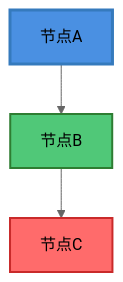
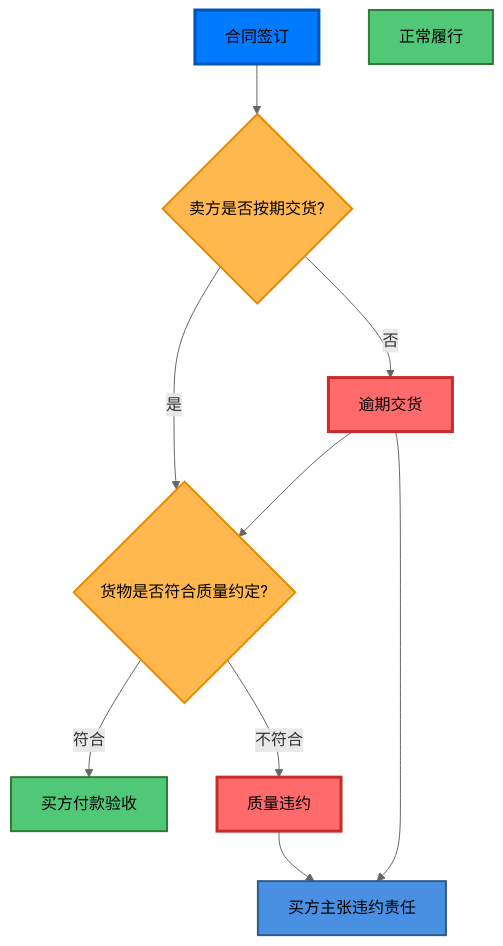
One commit to daixin877889/LexSeek changed diagram 19 of 25 in .deepagents/skills/litigation-visualization/SKILL.md. Above: the diagram before and after it, drawn with Mermaid. The commit also changed other lines of this file and 10 other files, not shown here.

````diff
--- a/.deepagents/skills/litigation-visualization/SKILL.md
+++ b/.deepagents/skills/litigation-visualization/SKILL.md
@@ -230,22 +730,31 @@
 ```mermaid
 %%{init: {'themeVariables': {
-  'primaryColor': '#4A90E2',
+  'primaryColor': '#E6F3FF',
   'primaryTextColor': '#000000',
-  'primaryBorderColor': '#357ABD',
-  'lineColor': '#666666',
-  'sectionBkgColor': '#50C878',
-  'altSectionBkgColor': '#FF6B6B',
-  'gridColor': '#E6F3FF'
+  'lineColor': '#666666'
 }}}%%
 flowchart TD
-    A[节点A]:::blue
-    B[节点B]:::green
-    C[节点C]:::red
-
+    A[合同签订]:::start
+    B{卖方是否按期交货?}:::decision
+    C[正常履行]:::normal
+    D[逾期交货]:::alert
+    E{货物是否符合质量约定?}:::decision
+    F[买方付款验收]:::normal
+    G[质量违约]:::alert
+    H[买方主张违约责任]:::action
+    
     A --> B
-    B --> C
-
-    classDef blue fill:#4A90E2,stroke:#357ABD,color:#000000,stroke-width:3px
-    classDef green fill:#50C878,stroke:#2e7d32,color:#000000,stroke-width:2px
-    classDef red fill:#FF6B6B,stroke:#c92a2a,color:#000000,stroke-width:2px
+    B -->|是| E
+    B -->|否| D
+    D --> E
+    E -->|符合| F
+    E -->|不符合| G
+    G --> H
+    D --> H
+    
+    classDef start fill:#007AFF,stroke:#0056b3,color:#000000,stroke-width:3px
+    classDef decision fill:#FFB84D,stroke:#e68a00,color:#000000,stroke-width:2px
+    classDef normal fill:#50C878,stroke:#2e7d32,color:#000000,stroke-width:2px
+    classDef alert fill:#FF6B6B,stroke:#c92a2a,color:#000000,stroke-width:3px
+    classDef action fill:#4A90E2,stroke:#2E5C8A,color:#000000,stroke-width:2px
 ```
````
